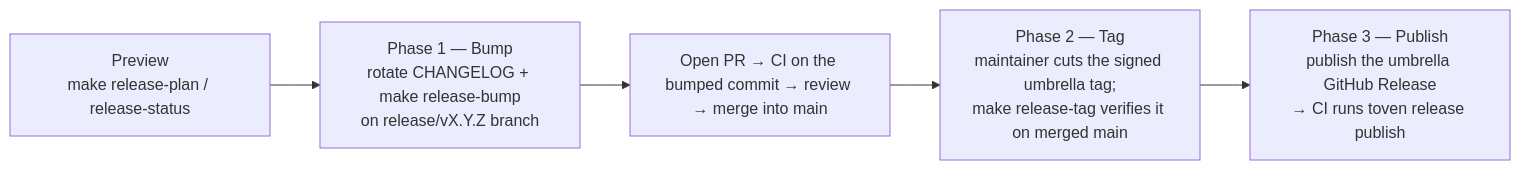
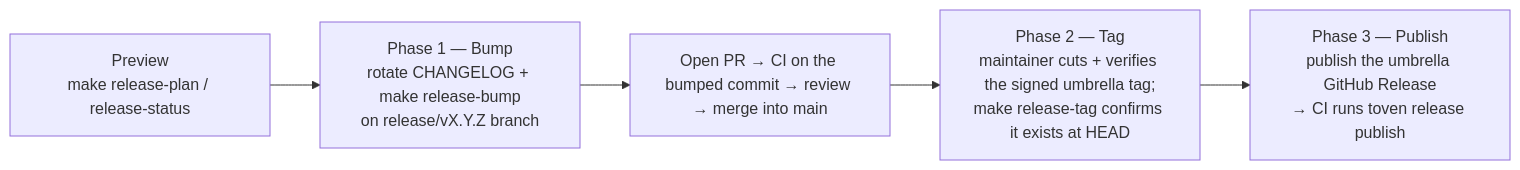
The diagram in docs/RELEASING.md (kbukum/rskit), drawn with Mermaid before and after one commit. The commit also changed other lines of this file and 2 other files, not shown here.

First line of the commit message:
docs: clarify that Toven confirms tag existence, not the signature

````diff
--- a/docs/RELEASING.md
+++ b/docs/RELEASING.md
@@ -33,7 +33,7 @@
 ```mermaid
 flowchart LR
     A["Preview<br/>make release-plan / release-status"] --> B["Phase 1 — Bump<br/>rotate CHANGELOG + make release-bump<br/>on release/vX.Y.Z branch"]
     B --> C["Open PR → CI on the bumped commit → review → merge into main"]
-    C --> D["Phase 2 — Tag<br/>maintainer cuts the signed umbrella tag;<br/>make release-tag verifies it on merged main"]
+    C --> D["Phase 2 — Tag<br/>maintainer cuts + verifies the signed umbrella tag;<br/>make release-tag confirms it exists at HEAD"]
     D --> E["Phase 3 — Publish<br/>publish the umbrella GitHub Release<br/>→ CI runs toven release publish"]
 ```
````
